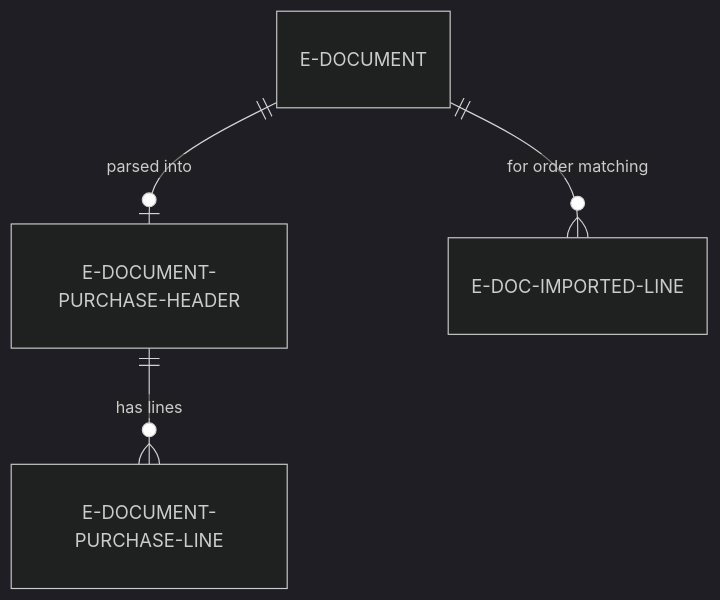
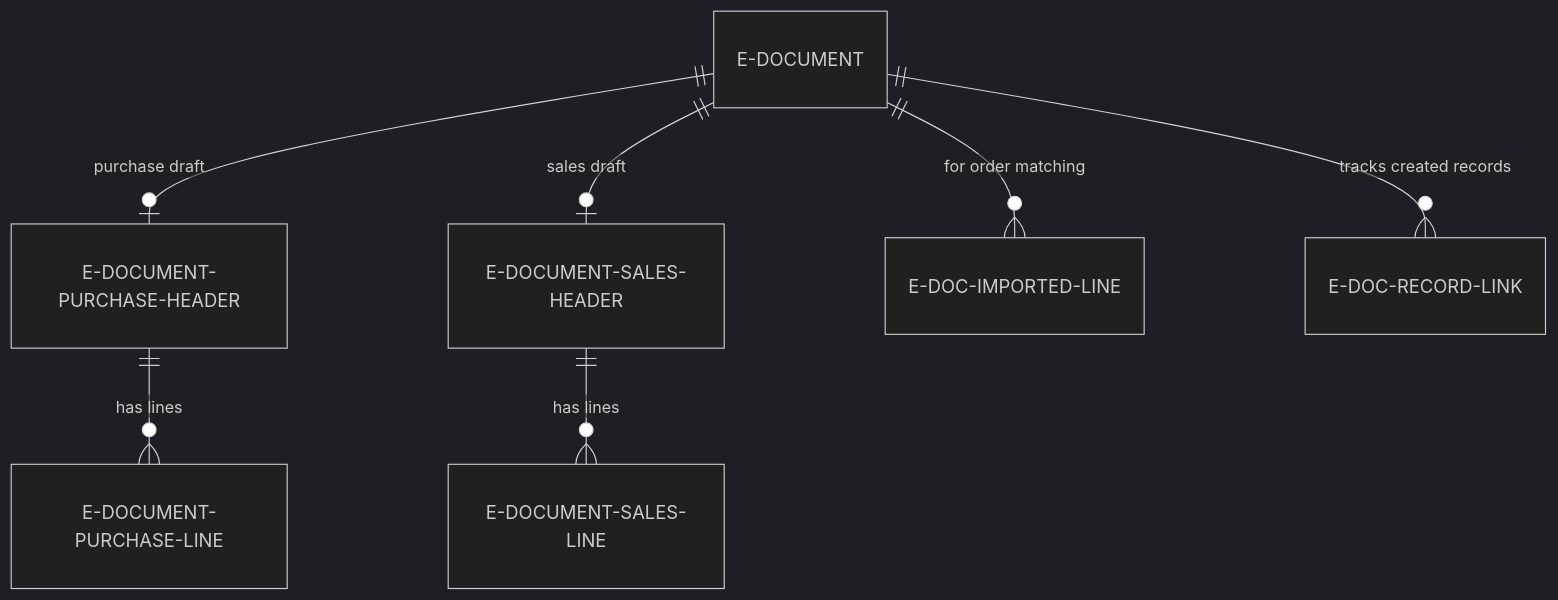
The third of 3 diagrams in E-Document Core/docs/data-model.md (StefanMaron/MSDyn365BC.Sandbox.Code.History), drawn with Mermaid (dark theme) before and after one commit. The commit also changed other lines of this file and 407 other files, not shown here.

````diff
--- a/E-Document Core/docs/data-model.md
+++ b/E-Document Core/docs/data-model.md
@@ -52,6 +60,9 @@
 ```mermaid
 erDiagram
-    E-DOCUMENT ||--o| E-DOCUMENT-PURCHASE-HEADER : "parsed into"
+    E-DOCUMENT ||--o| E-DOCUMENT-PURCHASE-HEADER : "purchase draft"
     E-DOCUMENT-PURCHASE-HEADER ||--o{ E-DOCUMENT-PURCHASE-LINE : "has lines"
+    E-DOCUMENT ||--o| E-DOCUMENT-SALES-HEADER : "sales draft"
+    E-DOCUMENT-SALES-HEADER ||--o{ E-DOCUMENT-SALES-LINE : "has lines"
     E-DOCUMENT ||--o{ E-DOC-IMPORTED-LINE : "for order matching"
+    E-DOCUMENT ||--o{ E-DOC-RECORD-LINK : "tracks created records"
 ```
````
